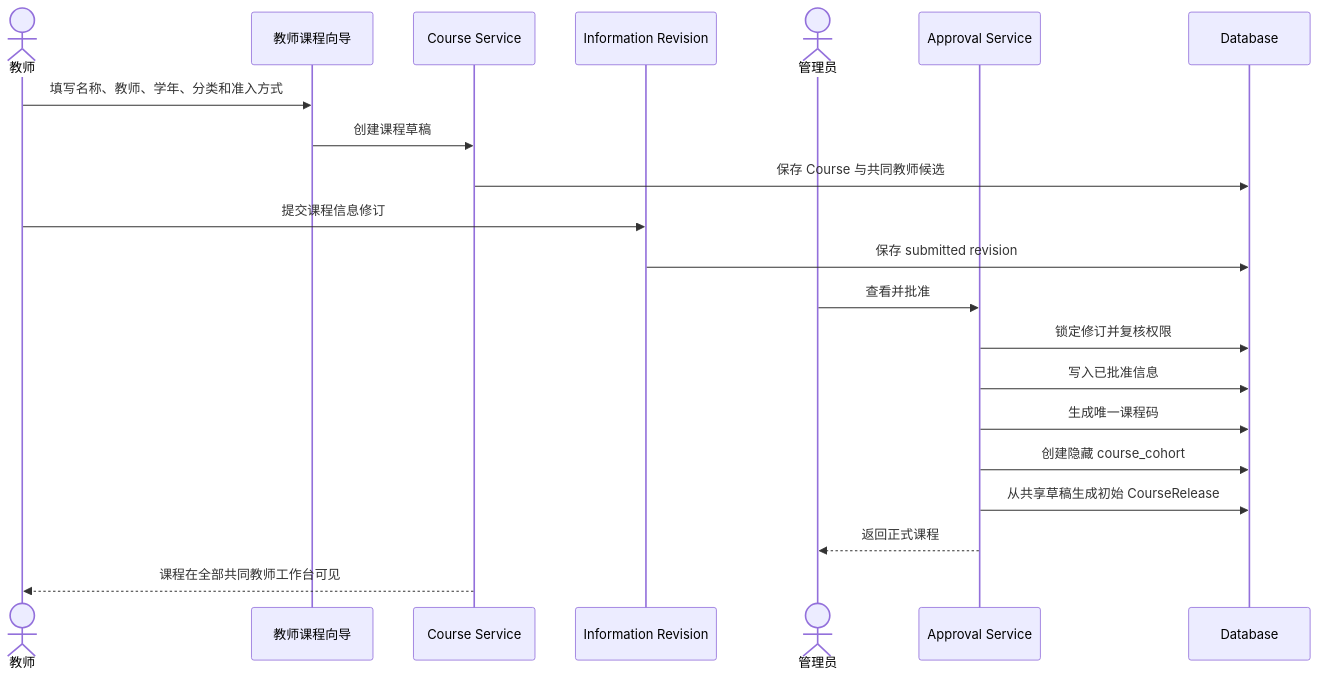
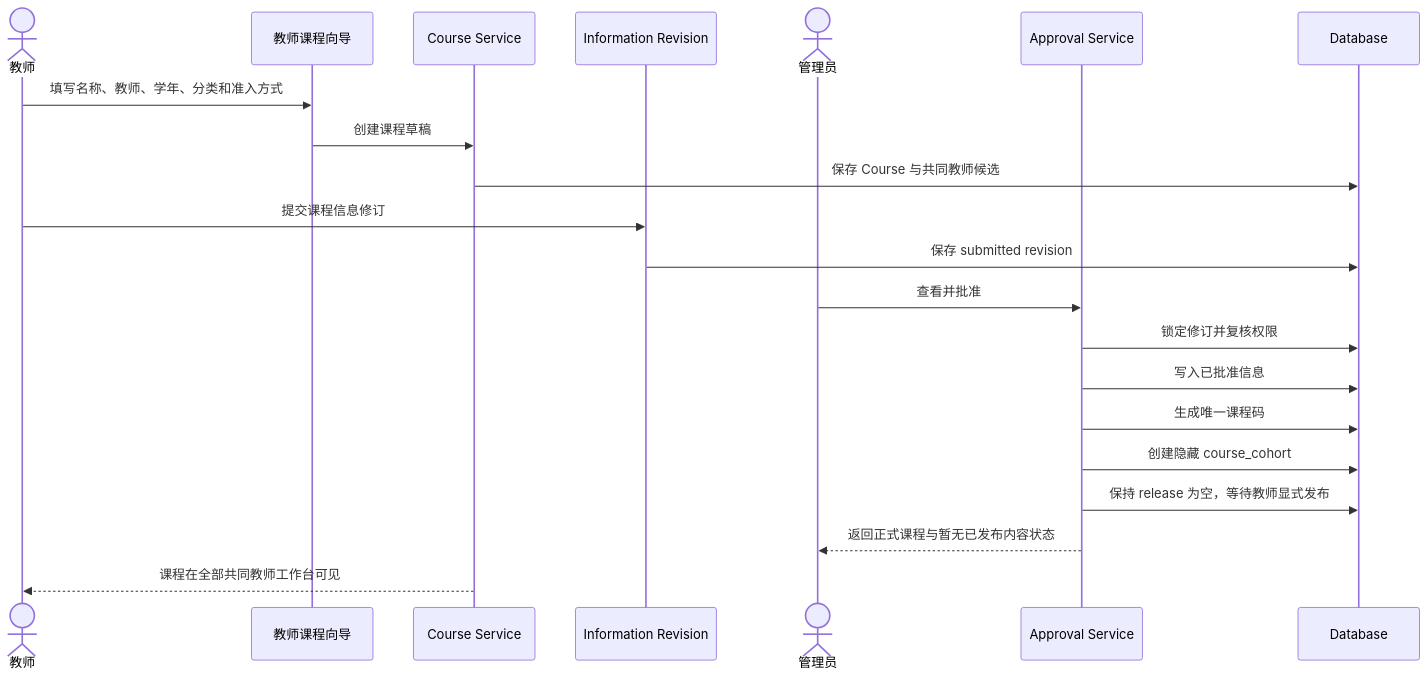
Before and after one commit to falling-feather/Astra: the sixth of 11 diagrams in doc/02-更新规划.md, drawn with Mermaid. The commit also changed other lines of this file, not shown here.

Commit message:
docs: resolve Q-002 with deferred first release

```diff
--- a/doc/02-更新规划.md
+++ b/doc/02-更新规划.md
@@ -623,24 +623,24 @@
 ~~~mermaid
 sequenceDiagram
     actor T as 教师
     participant UI as 教师课程向导
     participant C as Course Service
     participant R as Information Revision
     actor A as 管理员
     participant G as Approval Service
     participant DB as Database
 
     T->>UI: 填写名称、教师、学年、分类和准入方式
     UI->>C: 创建课程草稿
     C->>DB: 保存 Course 与共同教师候选
     T->>R: 提交课程信息修订
     R->>DB: 保存 submitted revision
     A->>G: 查看并批准
     G->>DB: 锁定修订并复核权限
     G->>DB: 写入已批准信息
     G->>DB: 生成唯一课程码
     G->>DB: 创建隐藏 course_cohort
-    G->>DB: 从共享草稿生成初始 CourseRelease
-    G-->>A: 返回正式课程
+    G->>DB: 保持 release 为空，等待教师显式发布
+    G-->>A: 返回正式课程与暂无已发布内容状态
     C-->>T: 课程在全部共同教师工作台可见
 ~~~
```
